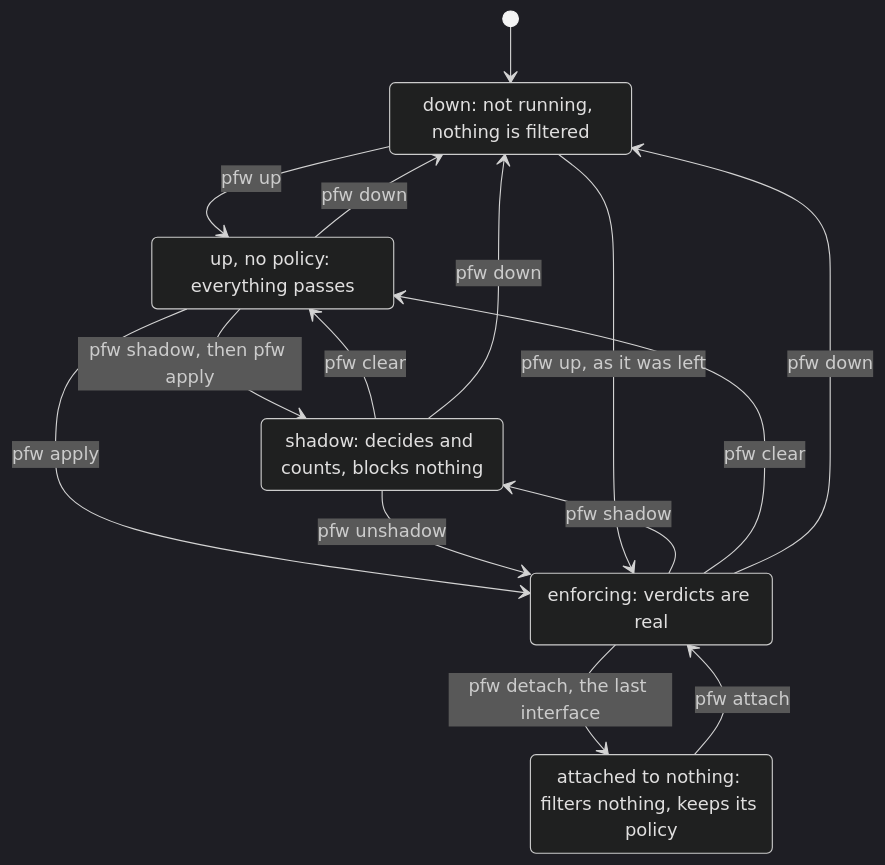
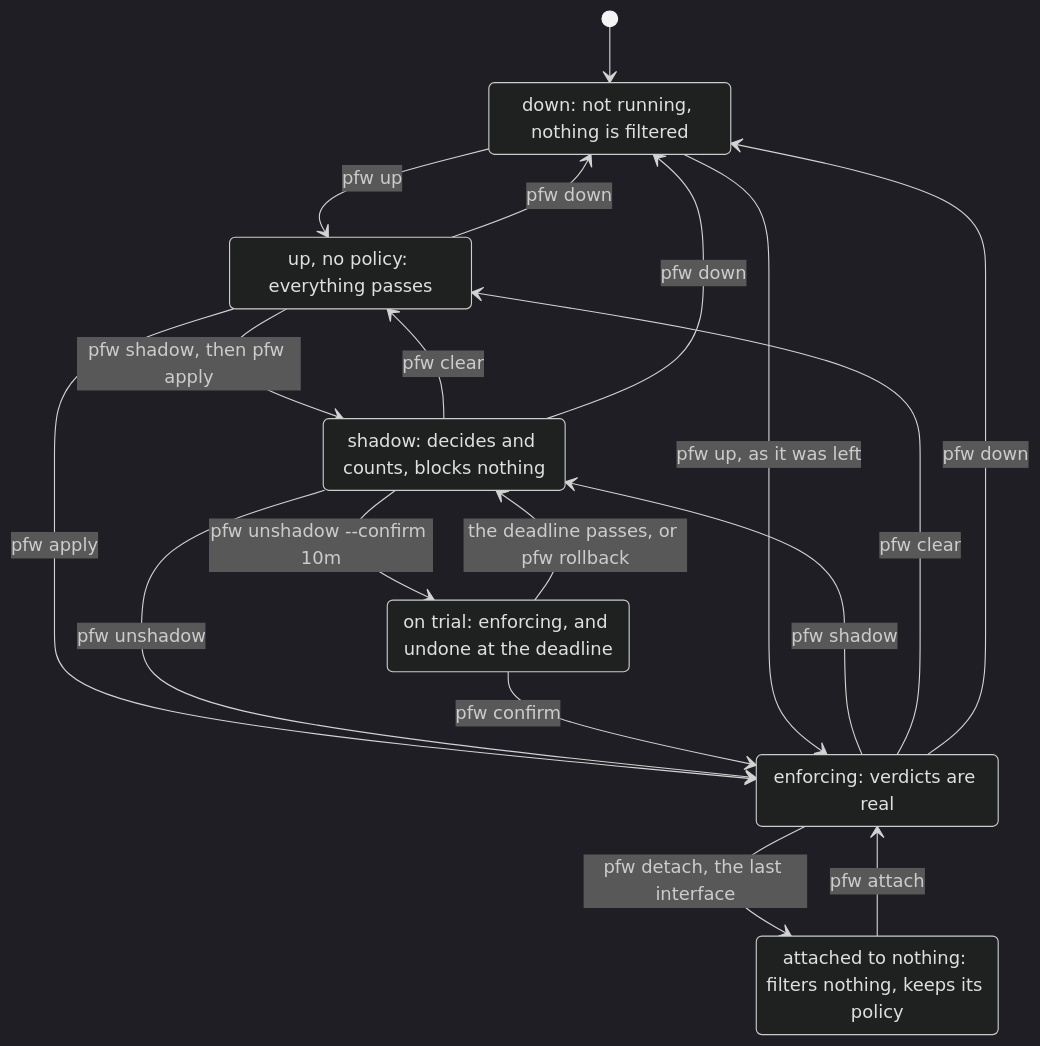
The diagram in assets/states.mmd (yeet-src/pfw), drawn with Mermaid (dark theme) before and after one commit. The commit also changed 43 other files, not shown here.

Commit message:
pfw setup, trials that undo themselves, rollback, upgrade, uninstall, logs, tab completion, and monitoring files [bump:minor]

```diff
--- a/assets/states.mmd
+++ b/assets/states.mmd
@@ -1,24 +1,28 @@
 stateDiagram-v2
     [*] --> Down
     Down --> Passing: pfw up
     Passing --> Down: pfw down
 
     state "up, no policy: everything passes" as Passing
     state "shadow: decides and counts, blocks nothing" as Shadow
     state "enforcing: verdicts are real" as Enforcing
+    state "on trial: enforcing, and undone at the deadline" as Trial
     state "attached to nothing: filters nothing, keeps its policy" as Detached
     state "down: not running, nothing is filtered" as Down
 
     Passing --> Shadow: pfw shadow, then pfw apply
     Passing --> Enforcing: pfw apply
     Shadow --> Enforcing: pfw unshadow
+    Shadow --> Trial: pfw unshadow --confirm 10m
+    Trial --> Enforcing: pfw confirm
+    Trial --> Shadow: the deadline passes, or pfw rollback
     Enforcing --> Shadow: pfw shadow
     Shadow --> Passing: pfw clear
     Enforcing --> Passing: pfw clear
 
     Enforcing --> Detached: pfw detach, the last interface
     Detached --> Enforcing: pfw attach
 
     Enforcing --> Down: pfw down
     Shadow --> Down: pfw down
     Down --> Enforcing: pfw up, as it was left
```
